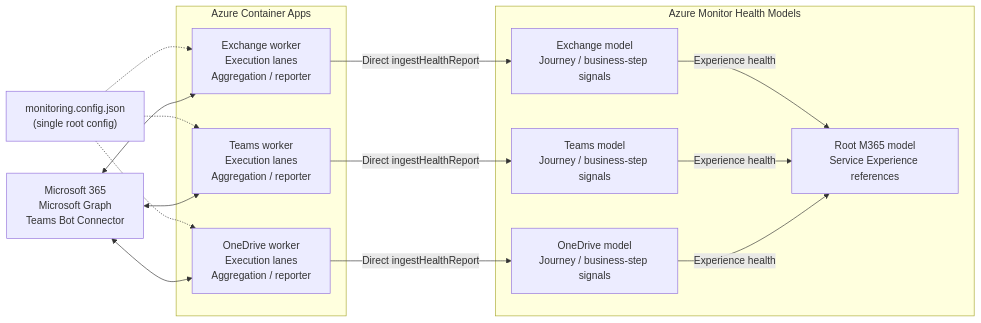
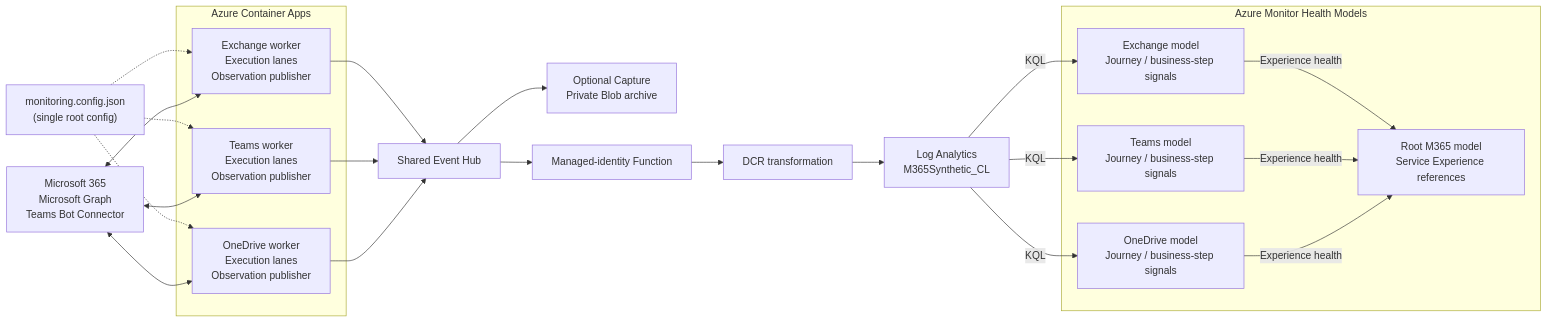
The diagram in README.md (mariehalloran/ahm-m365-example), drawn with Mermaid before and after one commit. The commit also changed other lines of this file and 42 other files, not shown here.

Commit message:
add real log analytics pipeline

````diff
--- a/README.md
+++ b/README.md
@@ -66,33 +67,43 @@
 ```mermaid
 flowchart LR
     config["monitoring.config.json<br/>(single root config)"]
     m365["Microsoft 365<br/>Microsoft Graph<br/>Teams Bot Connector"]
 
     subgraph workers["Azure Container Apps"]
-        exchange["Exchange worker<br/>Execution lanes<br/>Aggregation / reporter"]
-        teams["Teams worker<br/>Execution lanes<br/>Aggregation / reporter"]
-        onedrive["OneDrive worker<br/>Execution lanes<br/>Aggregation / reporter"]
+        exchange["Exchange worker<br/>Execution lanes<br/>Observation publisher"]
+        teams["Teams worker<br/>Execution lanes<br/>Observation publisher"]
+        onedrive["OneDrive worker<br/>Execution lanes<br/>Observation publisher"]
     end
 
     config -.-> exchange
     config -.-> teams
     config -.-> onedrive
     m365 <--> exchange
     m365 <--> teams
     m365 <--> onedrive
 
     subgraph models["Azure Monitor Health Models"]
         exchangeModel["Exchange model<br/>Journey / business-step signals"]
         teamsModel["Teams model<br/>Journey / business-step signals"]
         onedriveModel["OneDrive model<br/>Journey / business-step signals"]
         root["Root M365 model<br/>Service Experience references"]
 
         exchangeModel -->|"Experience health"| root
         teamsModel -->|"Experience health"| root
         onedriveModel -->|"Experience health"| root
     end
 
-    exchange -->|"Direct ingestHealthReport"| exchangeModel
-    teams -->|"Direct ingestHealthReport"| teamsModel
-    onedrive -->|"Direct ingestHealthReport"| onedriveModel
+    hub["Shared Event Hub"]
+    archive["Optional Capture<br/>Private Blob archive"]
+    bridge["Managed-identity Function"]
+    dcr["DCR transformation"]
+    logs["Log Analytics<br/>M365Synthetic_CL"]
+    exchange --> hub
+    teams --> hub
+    onedrive --> hub
+    hub --> archive
+    hub --> bridge --> dcr --> logs
+    logs -->|"KQL"| exchangeModel
+    logs -->|"KQL"| teamsModel
+    logs -->|"KQL"| onedriveModel
 ```
````
